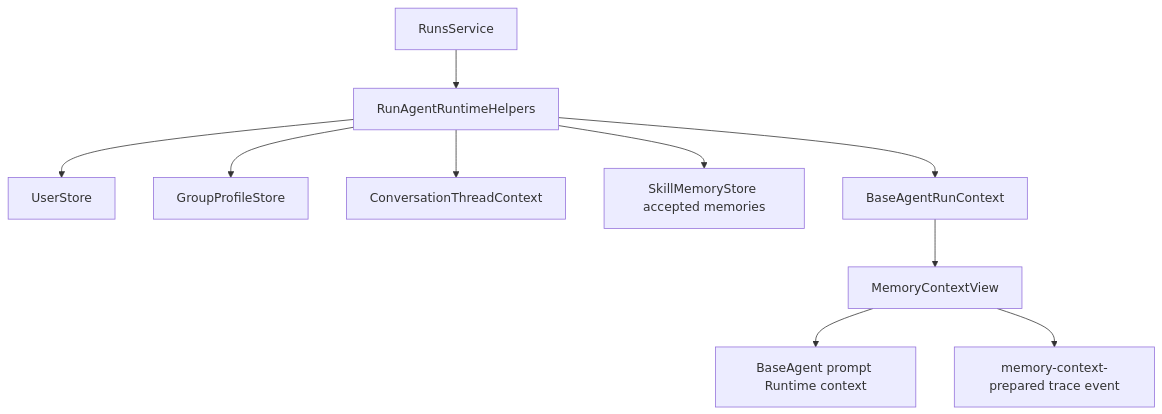
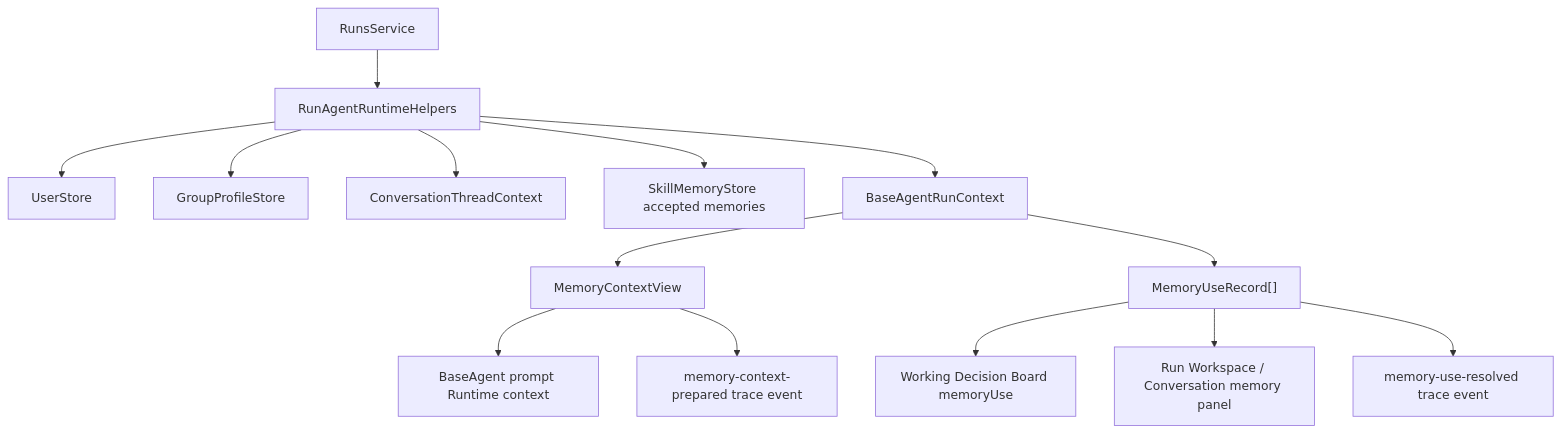
Before and after one commit to ruler47/agentic: the seventh of 9 diagrams in docs/current-architecture.md, drawn with Mermaid. The commit also changed other lines of this file and 20 other files, not shown here.

````diff
--- a/docs/current-architecture.md
+++ b/docs/current-architecture.md
@@ -408,12 +419,16 @@
 ```mermaid
 flowchart TD
   Runs["RunsService"] --> Helper["RunAgentRuntimeHelpers"]
   Helper --> User["UserStore"]
   Helper --> Group["GroupProfileStore"]
   Helper --> Thread["ConversationThreadContext"]
   Helper --> Memory["SkillMemoryStore accepted memories"]
   Helper --> Context["BaseAgentRunContext"]
   Context --> View["MemoryContextView"]
+  Context --> Use["MemoryUseRecord[]"]
   View --> Prompt["BaseAgent prompt Runtime context"]
   View --> Trace["memory-context-prepared trace event"]
+  Use --> Board["Working Decision Board memoryUse"]
+  Use --> UI["Run Workspace / Conversation memory panel"]
+  Use --> Trace2["memory-use-resolved trace event"]
 ```
````
